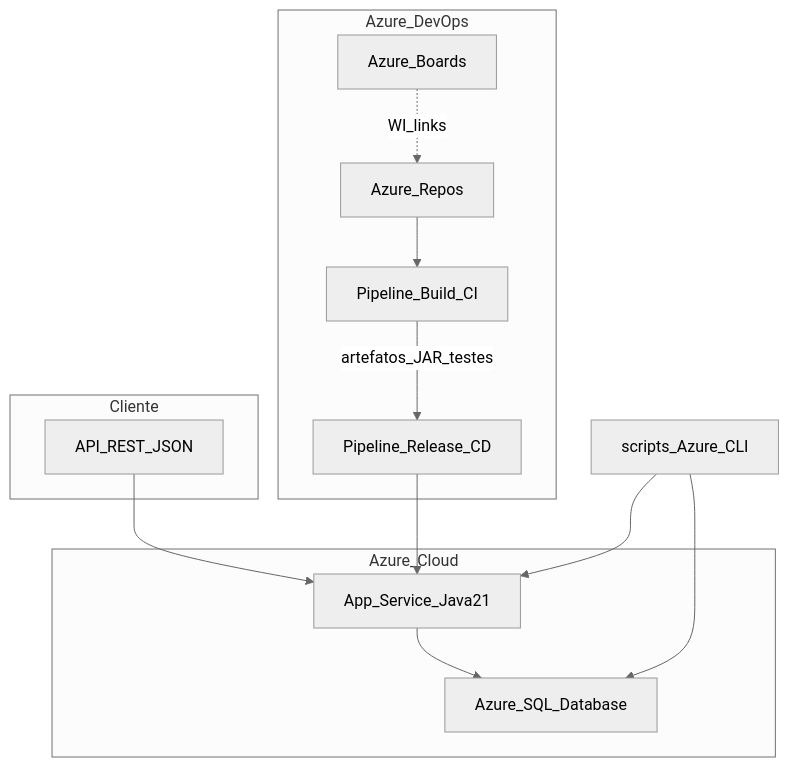
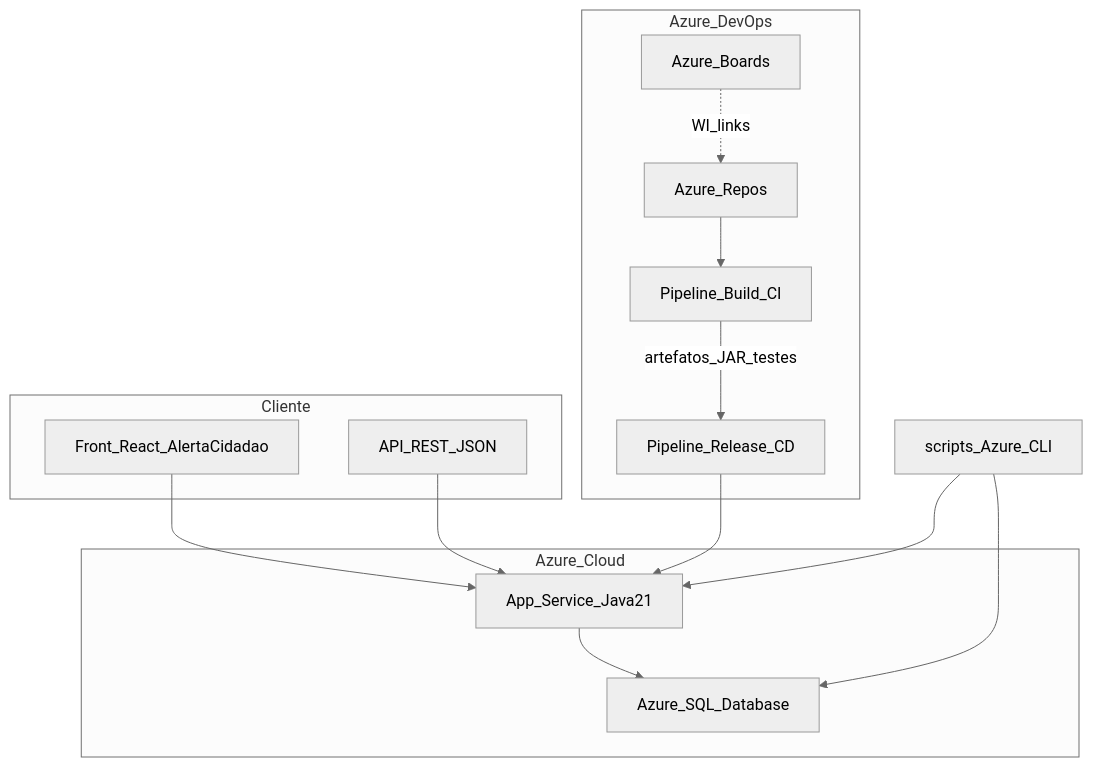
The diagram in docs/ARQUITETURA_MACRO.md (GomesMancera/AlertaCidadao-GS-DevOps), drawn with Mermaid (neutral theme) before and after one commit. The commit also changed other lines of this file and 8 other files, not shown here.

````diff
--- a/docs/ARQUITETURA_MACRO.md
+++ b/docs/ARQUITETURA_MACRO.md
@@ -11,24 +11,26 @@
 ```mermaid
 flowchart TB
   subgraph client [Cliente]
+    webUi[Front_React_AlertaCidadao]
     apiClient[API_REST_JSON]
   end
   subgraph ado [Azure_DevOps]
     boards[Azure_Boards]
     repos[Azure_Repos]
     ci[Pipeline_Build_CI]
     cd[Pipeline_Release_CD]
   end
   subgraph azure [Azure_Cloud]
     webapp[App_Service_Java21]
     sql[Azure_SQL_Database]
   end
+  webUi --> webapp
   apiClient --> webapp
   repos --> ci
   ci -->|artefatos_JAR_testes| cd
   cd --> webapp
   webapp --> sql
   boards -.->|WI_links| repos
   scripts[scripts_Azure_CLI] --> webapp
   scripts --> sql
 ```
````
